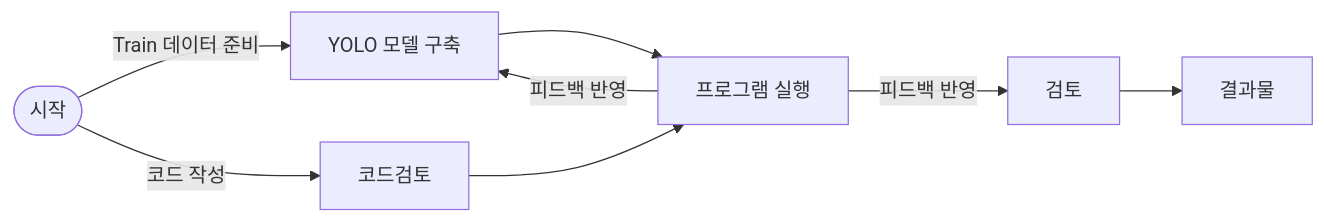
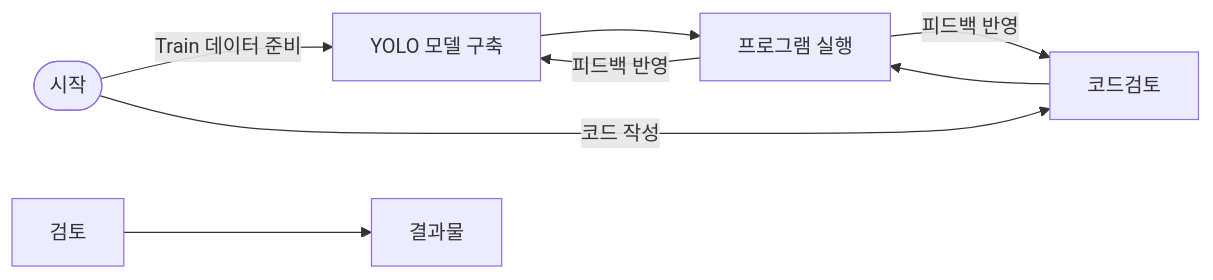
Before and after one commit to gamdumdum/my-project: the first of 2 diagrams in README.md, drawn with Mermaid.

````diff
--- a/README.md
+++ b/README.md
@@ -1,14 +1,14 @@
 ```mermaid
 flowchart LR
     시작([시작])
     시작 -->|Train 데이터 준비| Yolo[YOLO 모델 구축]
     시작 -->|코드 작성| 코드검토[코드검토]
 
     Yolo --> 실행[프로그램 실행]
     코드검토 --> 실행
 
-    실행 -->|피드백 반영| 검토[검토]
+    실행 -->|피드백 반영| 코드검토
     실행 -->|피드백 반영| Yolo
 
     검토 -->결과[결과물]
 ```
````
